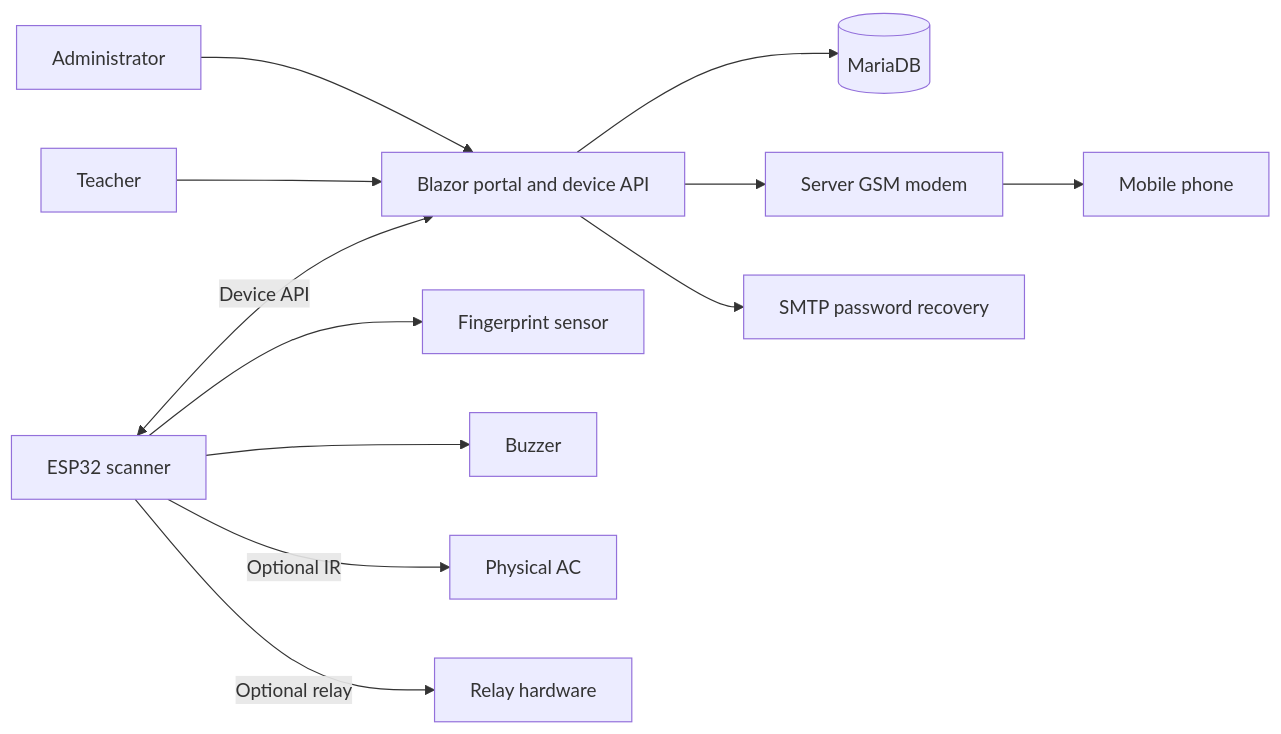
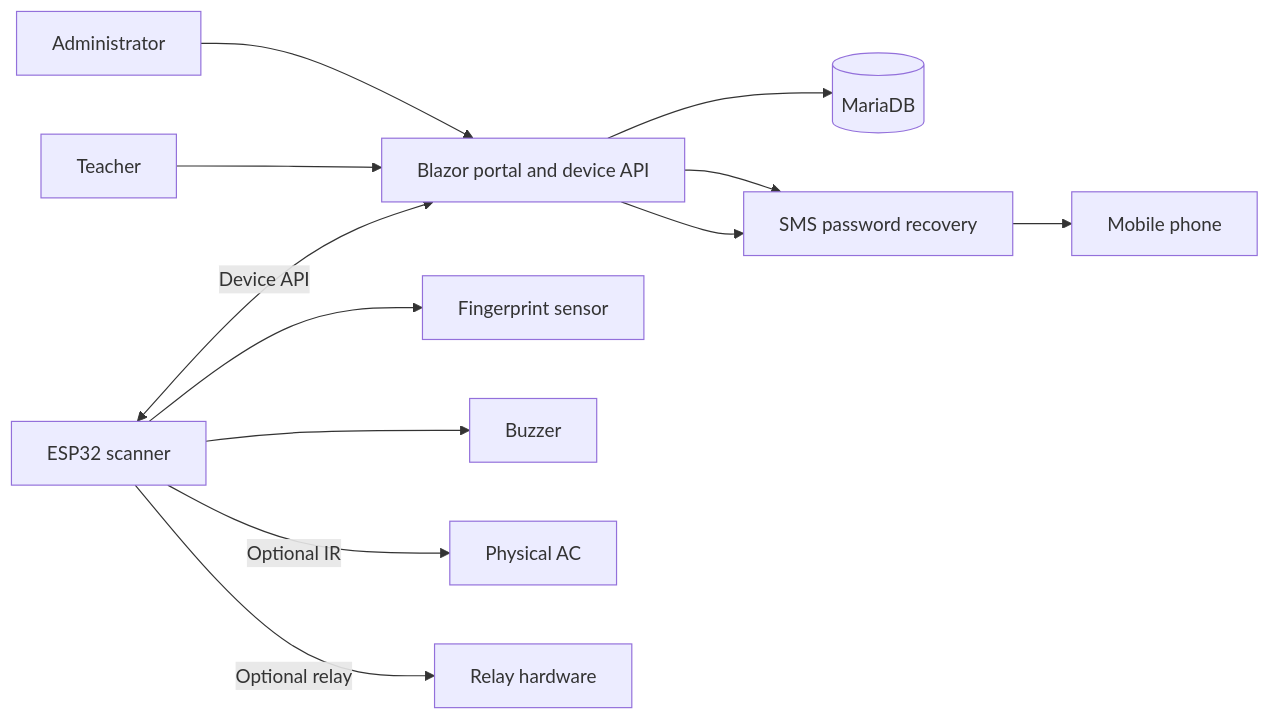
Before and after one commit to AlfredAbiera/SmartClassAC: the first of 8 diagrams in docs/SYSTEM_FLOWCHART.md, drawn with Mermaid. The commit also changed other lines of this file and 58 other files, not shown here.

````diff
--- a/docs/SYSTEM_FLOWCHART.md
+++ b/docs/SYSTEM_FLOWCHART.md
@@ -12,14 +12,14 @@
 ```mermaid
 flowchart LR
     Admin[Administrator] --> Portal[Blazor portal and device API]
     Teacher[Teacher] --> Portal
     Scanner[ESP32 scanner] <-->|Device API| Portal
     Portal --> DB[(MariaDB)]
     Portal --> Modem[Server GSM modem]
     Modem --> Phone[Mobile phone]
-    Portal --> SMTP[SMTP password recovery]
+    Portal --> Modem[SMS password recovery]
     Scanner --> Sensor[Fingerprint sensor]
     Scanner --> Buzzer[Buzzer]
     Scanner -->|Optional IR| AC[Physical AC]
     Scanner -->|Optional relay| Relay[Relay hardware]
 ```
````
